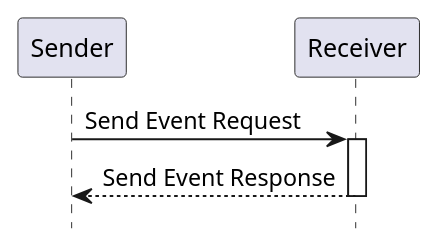
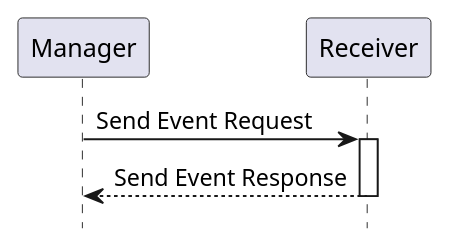
The diagram in input/images-source/rad-x9-seq.plantuml (IHE/RAD.IRA), drawn with PlantUML before and after one commit. The commit also changed 1 other file, not shown here.

Commit message:
Change the role for Hub to be Manager.

```diff
--- a/input/images-source/rad-x9-seq.plantuml
+++ b/input/images-source/rad-x9-seq.plantuml
@@ -1,13 +1,13 @@
 @startuml
 
 hide footbox
 
-participant "Sender" as Sender
+participant "Manager" as Manager
 participant "Receiver" as Receiver
 
-Sender->Receiver: Send Event Request
+Manager->Receiver: Send Event Request
 activate Receiver
-Receiver-->Sender: Send Event Response
+Receiver-->Manager: Send Event Response
 deactivate Receiver
 
 @enduml
```
